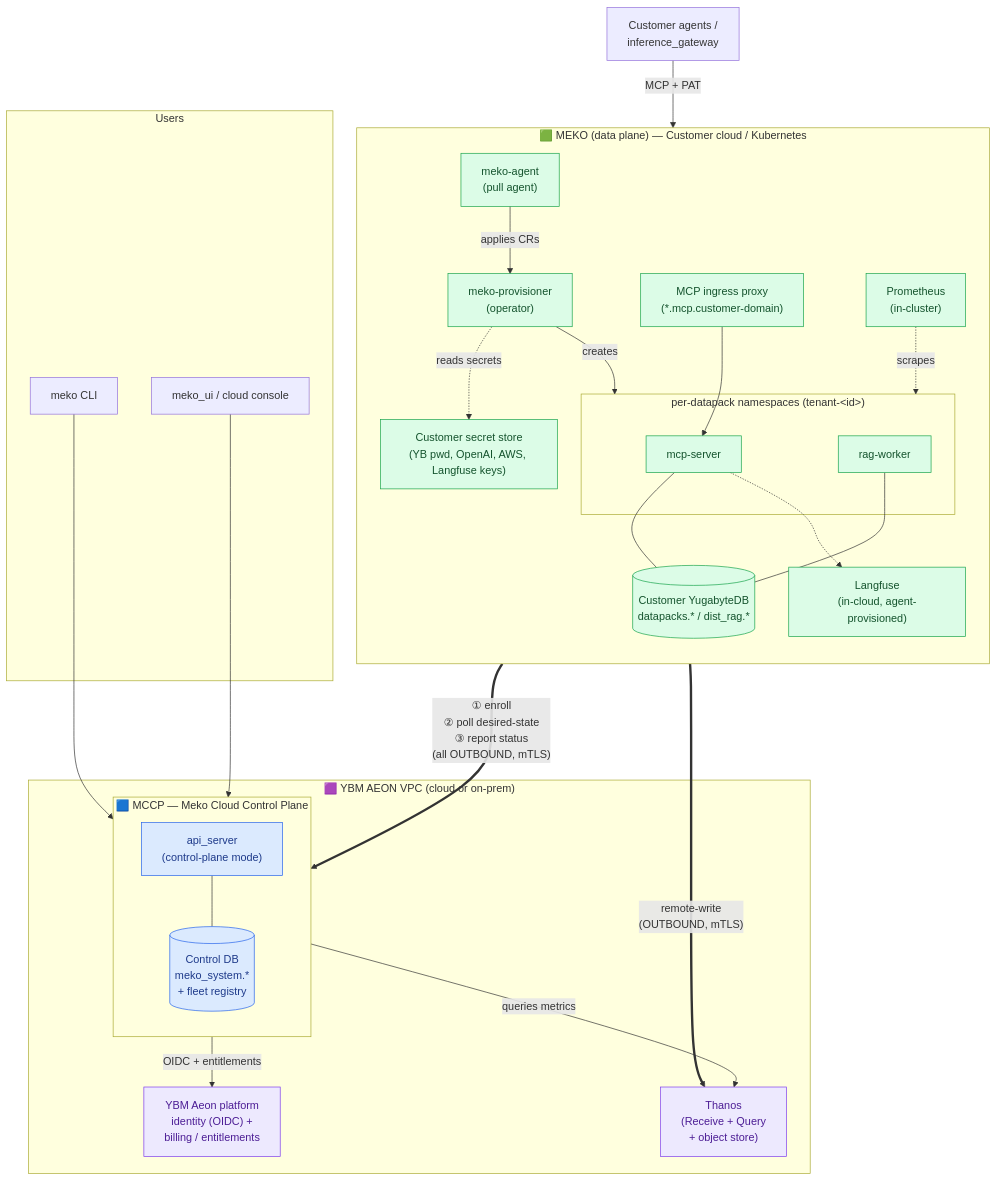
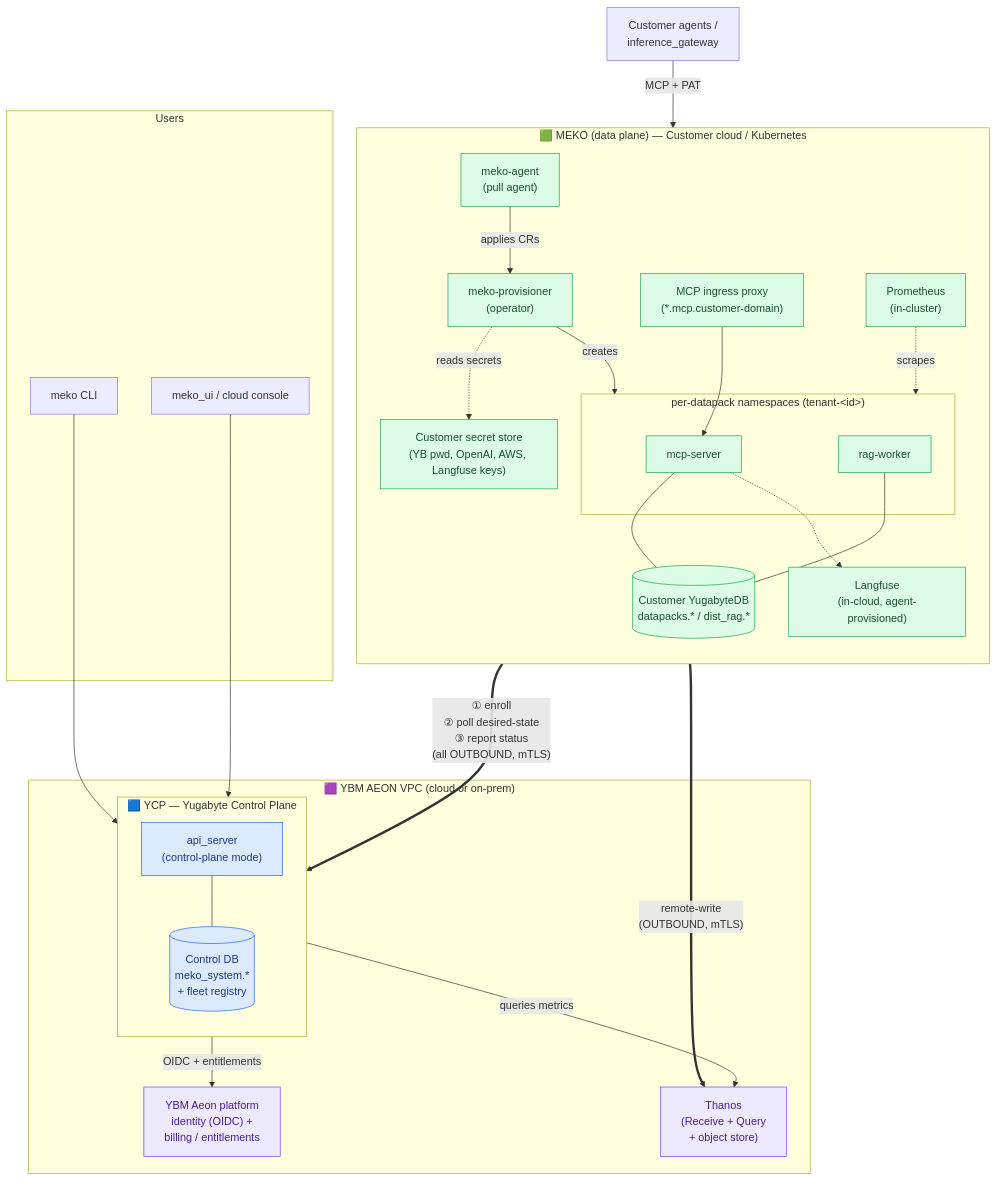
One commit to yugabyte/meko changed the first of 3 diagrams in design/byoc-control-plane.md. Above: the diagram before and after it, drawn with Mermaid. The commit also changed other lines of this file and 61 other files, not shown here.

First line of the commit message:
[MEKO-390] ycp: rename MCCP to YCP (Yugabyte Control Plane) (#391)

````diff
--- a/design/byoc-control-plane.md
+++ b/design/byoc-control-plane.md
@@ -46,57 +46,57 @@
 ```mermaid
 flowchart TB
     subgraph AEON["🟪 YBM AEON VPC (cloud or on-prem)"]
-      subgraph CP["🟦 MCCP — Meko Cloud Control Plane"]
+      subgraph CP["🟦 YCP — Yugabyte Control Plane"]
           direction TB
           API["api_server<br/>(control-plane mode)"]
           CDB[("Control DB<br/>meko_system.*<br/>+ fleet registry")]
           API --- CDB
       end
       AEONSVC["YBM Aeon platform<br/>identity (OIDC) +<br/>billing / entitlements"]
       THANOS["Thanos<br/>(Receive + Query<br/>+ object store)"]
       API -->|"OIDC + entitlements"| AEONSVC
       API -->|"queries metrics"| THANOS
     end
 
     subgraph UI["Users"]
         CLI["meko CLI"]
         WEB["meko_ui / cloud console"]
     end
 
     subgraph DP["🟩 MEKO (data plane) — Customer cloud / Kubernetes"]
         direction TB
         AGENT["meko-agent<br/>(pull agent)"]
         OP["meko-provisioner<br/>(operator)"]
         subgraph TEN["per-datapack namespaces (tenant-&lt;id&gt;)"]
             MCP["mcp-server"]
             RAG["rag-worker"]
         end
         PROM["Prometheus<br/>(in-cluster)"]
         PROXY["MCP ingress proxy<br/>(*.mcp.customer-domain)"]
         YB[("Customer YugabyteDB<br/>datapacks.* / dist_rag.*")]
         LF["Langfuse<br/>(in-cloud, agent-provisioned)"]
         CSEC["Customer secret store<br/>(YB pwd, OpenAI, AWS, Langfuse keys)"]
 
         AGENT -->|"applies CRs"| OP
         OP -->|"creates"| TEN
         OP -.->|"reads secrets"| CSEC
         MCP --- YB
         RAG --- YB
         PROXY --> MCP
         MCP -.-> LF
         PROM -.->|"scrapes"| TEN
     end
 
     CLI --> API
     WEB --> API
     AGENT ==>|"① enroll<br/>② poll desired-state<br/>③ report status<br/>(all OUTBOUND, mTLS)"| API
     PROM ==>|"remote-write<br/>(OUTBOUND, mTLS)"| THANOS
     Agents["Customer agents /<br/>inference_gateway"] -->|"MCP + PAT"| PROXY
 
     classDef cp fill:#dbeafe,stroke:#2563eb,color:#1e3a8a;
     classDef dp fill:#dcfce7,stroke:#16a34a,color:#14532d;
     classDef aeon fill:#ede9fe,stroke:#7c3aed,color:#4c1d95;
     class API,CDB cp;
     class AGENT,OP,MCP,RAG,PROM,PROXY,YB,LF,CSEC dp;
     class AEONSVC,THANOS aeon;
 ```
````
